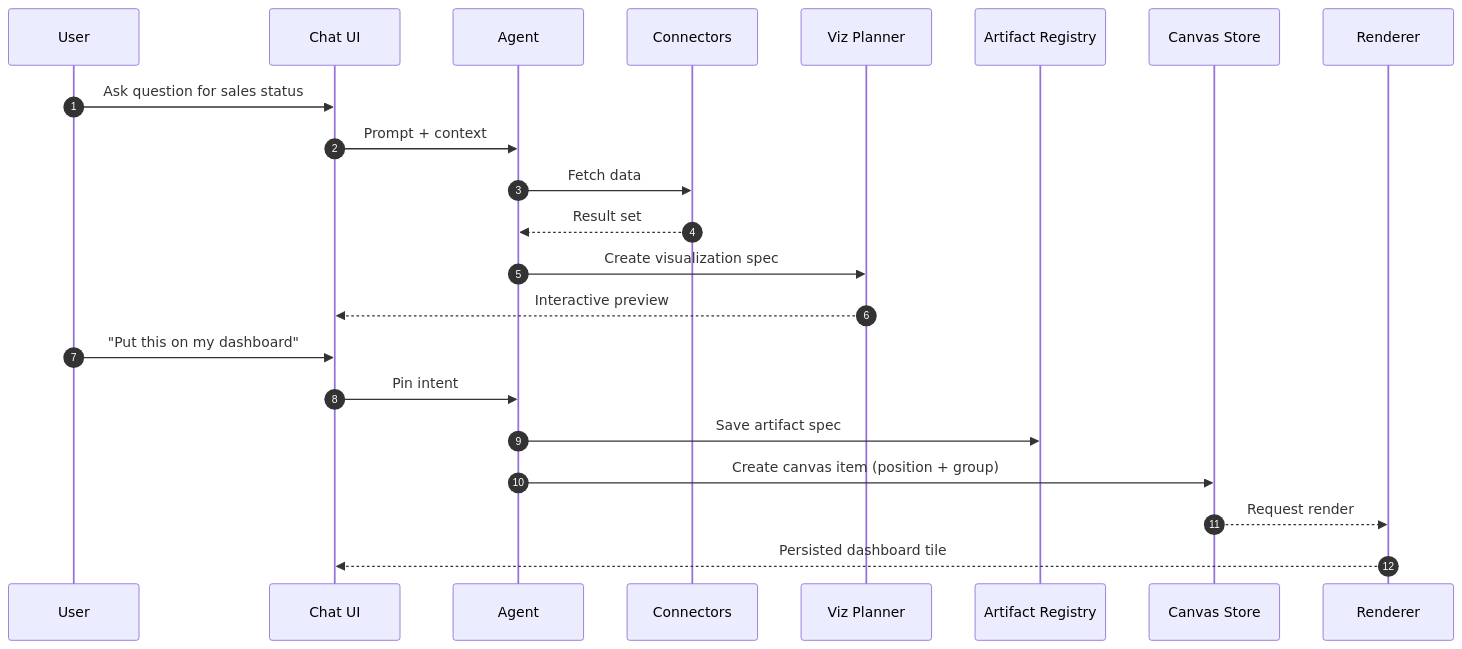
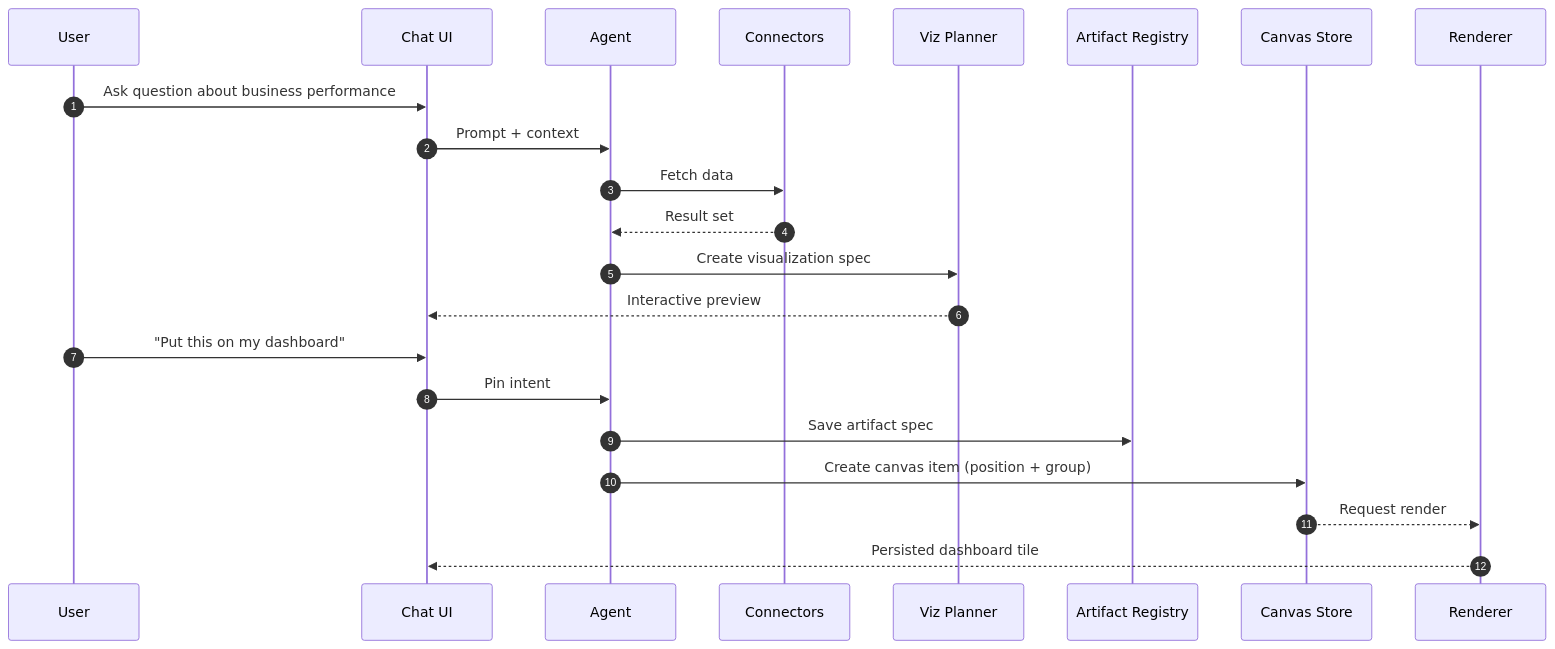
One commit to divamidesignlabs/ai-pylogue changed the third of 8 diagrams in docs/feat/intelligent-canvas.md. Above: the diagram before and after it, drawn with Mermaid. The commit also changed other lines of this file and 2 other files, not shown here.

````diff
--- a/docs/feat/intelligent-canvas.md
+++ b/docs/feat/intelligent-canvas.md
@@ -155,25 +155,25 @@
 ```mermaid
 sequenceDiagram
   autonumber
   participant U as User
   participant CH as Chat UI
   participant AG as Agent
   participant CN as Connectors
   participant VS as Viz Planner
   participant AR as Artifact Registry
   participant CV as Canvas Store
   participant RD as Renderer
 
-  U->>CH: Ask question for sales status
+  U->>CH: Ask question about business performance
   CH->>AG: Prompt + context
   AG->>CN: Fetch data
   CN-->>AG: Result set
   AG->>VS: Create visualization spec
   VS-->>CH: Interactive preview
   U->>CH: "Put this on my dashboard"
   CH->>AG: Pin intent
   AG->>AR: Save artifact spec
   AG->>CV: Create canvas item (position + group)
   CV-->>RD: Request render
   RD-->>CH: Persisted dashboard tile
 ```
````
